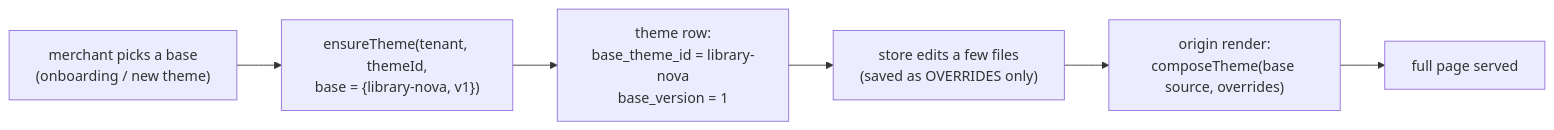
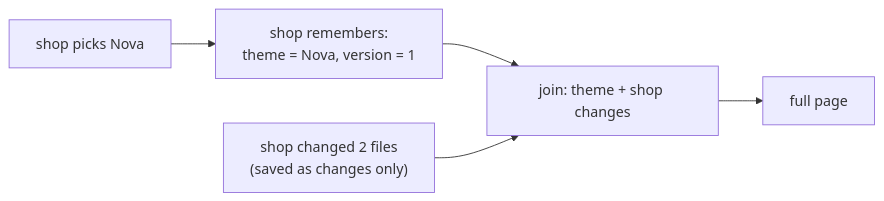
Before and after one commit to primathontech/ratio-3.0: the fifth of 8 diagrams in packages/builder-core/src/theme/ARCHITECTURE.md, drawn with Mermaid. The commit also changed other lines of this file and 1 other file, not shown here.

First line of the commit message:
docs(theme): rewrite theme docs in simple English + more diagrams (#324)

````diff
--- a/packages/builder-core/src/theme/ARCHITECTURE.md
+++ b/packages/builder-core/src/theme/ARCHITECTURE.md
@@ -123,8 +96,7 @@
 ```mermaid
 flowchart LR
-  pick["merchant picks a base<br/>(onboarding / new theme)"] --> adopt
-  adopt["ensureTheme(tenant, themeId,<br/>base = {library-nova, v1})"] --> row["theme row:<br/>base_theme_id = library-nova<br/>base_version = 1"]
-  row --> edits["store edits a few files<br/>(saved as OVERRIDES only)"]
-  edits --> render["origin render:<br/>composeTheme(base source, overrides)"]
-  render --> page["full page served"]
+  pick["shop picks Nova"] --> tag["shop remembers:<br/>theme = Nova, version = 1"]
+  tag --> join
+  edits["shop changed 2 files<br/>(saved as changes only)"] --> join["join: theme + shop changes"]
+  join --> page["full page"]
 ```
````
